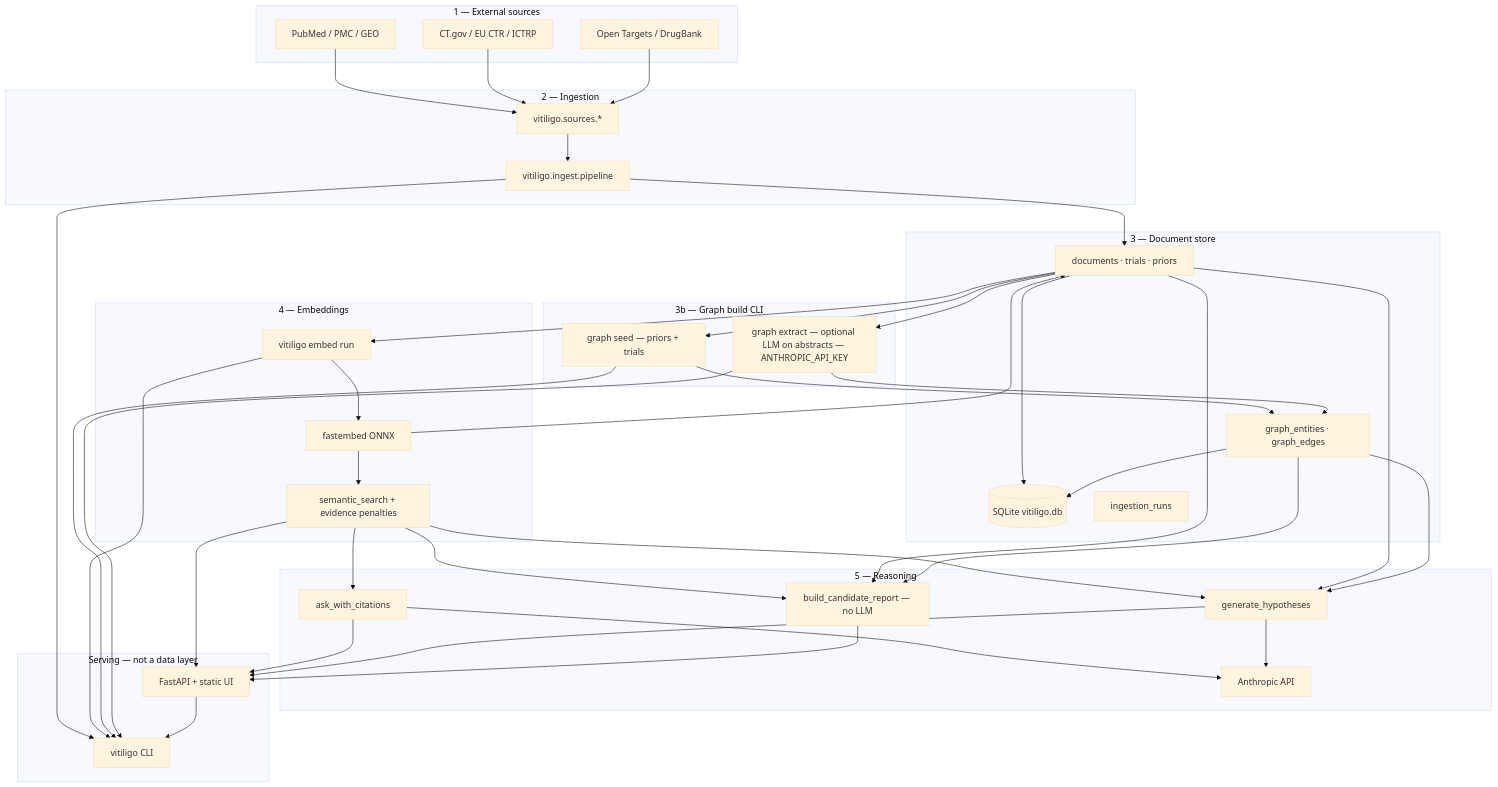
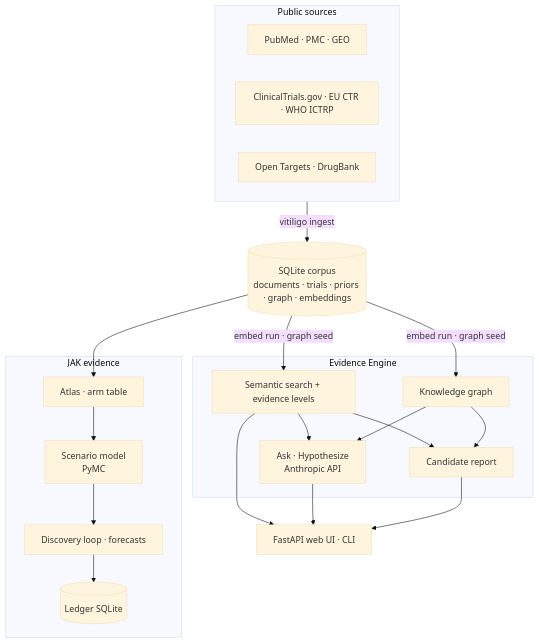
Before and after one commit to recepsirin/vitiligo-initiative: the first of 2 diagrams in docs/architecture.md, drawn with Mermaid (base theme). The commit also changed other lines of this file and 10 other files, not shown here.

````diff
--- a/docs/architecture.md
+++ b/docs/architecture.md
@@ -31,56 +7,30 @@
 ```mermaid
 flowchart TB
-  subgraph L1 [1 — External sources]
-    E1[PubMed / PMC / GEO]
-    E2[CT.gov / EU CTR / ICTRP]
-    E3[Open Targets / DrugBank]
+  subgraph sources [Public sources]
+    S1[PubMed · PMC · GEO]
+    S2[ClinicalTrials.gov · EU CTR · WHO ICTRP]
+    S3[Open Targets · DrugBank]
   end
 
-  subgraph L2 [2 — Ingestion]
-    I1[vitiligo.sources.*]
-    I2[vitiligo.ingest.pipeline]
+  DB[(SQLite corpus<br/>documents · trials · priors · graph · embeddings)]
+
+  subgraph engine [Evidence Engine]
+    SEARCH[Semantic search + evidence levels]
+    GRAPH[Knowledge graph]
+    REASON[Ask · Hypothesize<br/>Anthropic API]
+    CAND[Candidate report]
   end
 
-  subgraph L3 [3 — Document store]
-    DB[(SQLite vitiligo.db)]
-    T1[documents · trials · priors]
-    T2[graph_entities · graph_edges]
-    T3[ingestion_runs]
+  subgraph jak [JAK evidence]
+    ATLAS[Atlas · arm table]
+    MODEL[Scenario model<br/>PyMC]
+    LOOP[Discovery loop · forecasts]
+    LEDGER[(Ledger SQLite)]
   end
 
-  subgraph L3b [3b — Graph build CLI]
-    G1[graph seed — priors + trials]
-    G2[graph extract — optional LLM on abstracts — ANTHROPIC_API_KEY]
-  end
-
-  subgraph L4 [4 — Embeddings]
-    M1[vitiligo embed run]
-    M2[fastembed ONNX]
-    M3[semantic_search + evidence penalties]
-  end
-
-  subgraph L5 [5 — Reasoning]
-    R1[ask_with_citations]
-    R2[generate_hypotheses]
-    R3[build_candidate_report — no LLM]
-    R4[Anthropic API]
-  end
-
-  subgraph L6 [Serving — not a data layer]
-    W1[FastAPI + static UI]
-    C1[vitiligo CLI]
-  end
-
-  E1 & E2 & E3 --> I1 --> I2 --> T1
-  T1 --> DB
-  T1 --> M1 --> M2 --> T1
-  M2 --> M3
-  T1 --> G1 --> T2
-  T1 --> G2 --> T2
-  T2 --> DB
-  M3 --> R1 & R2 & R3
-  T1 & T2 --> R2 & R3
-  R1 & R2 --> R4
-  M3 & R1 & R2 & R3 --> W1
-  I2 & M1 & G1 & G2 & W1 --> C1
+  sources -->|vitiligo ingest| DB
+  DB -->|embed run · graph seed| SEARCH & GRAPH
+  SEARCH & GRAPH --> REASON & CAND
+  DB --> ATLAS --> MODEL --> LOOP --> LEDGER
+  SEARCH & REASON & CAND --> UI[FastAPI web UI · CLI]
 ```
````
